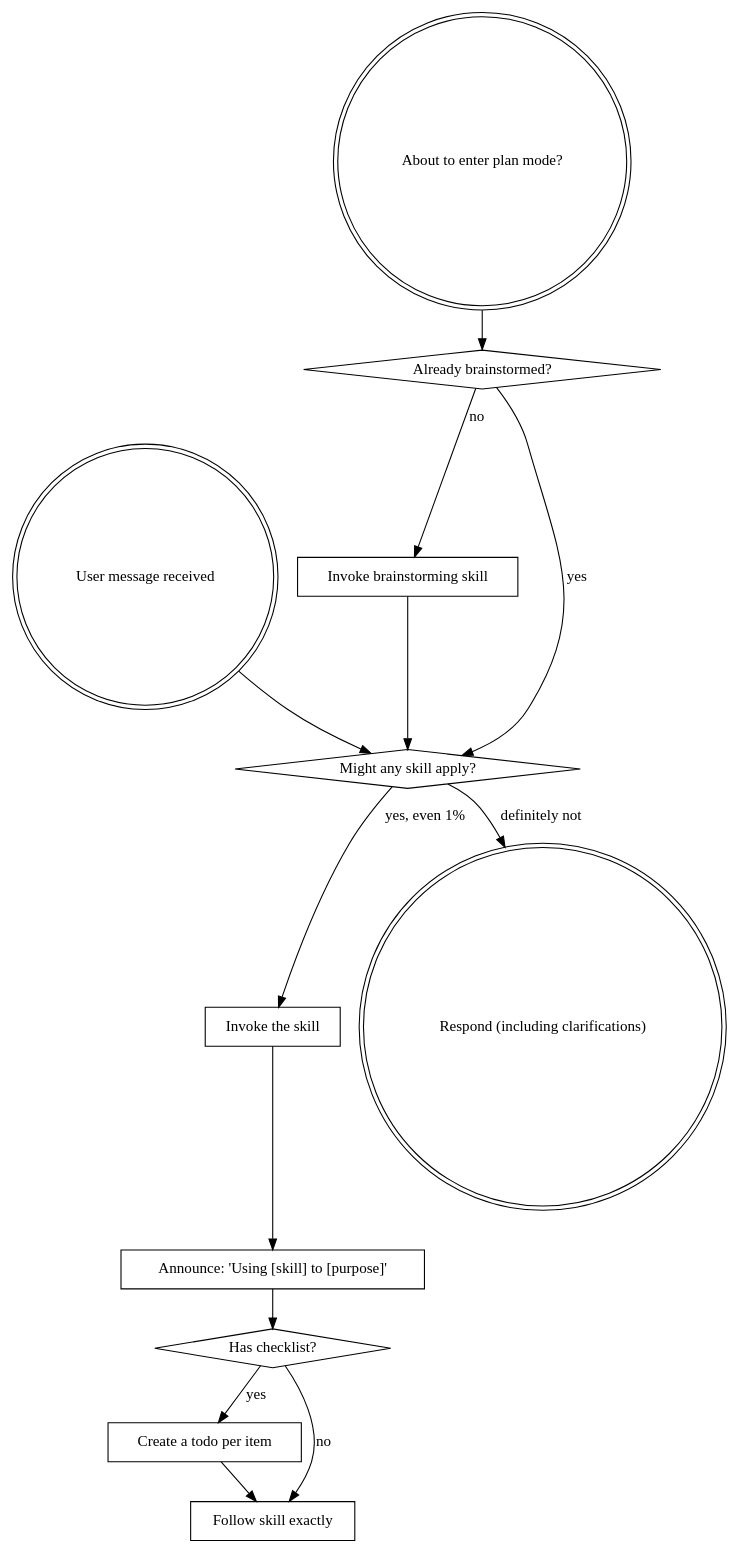
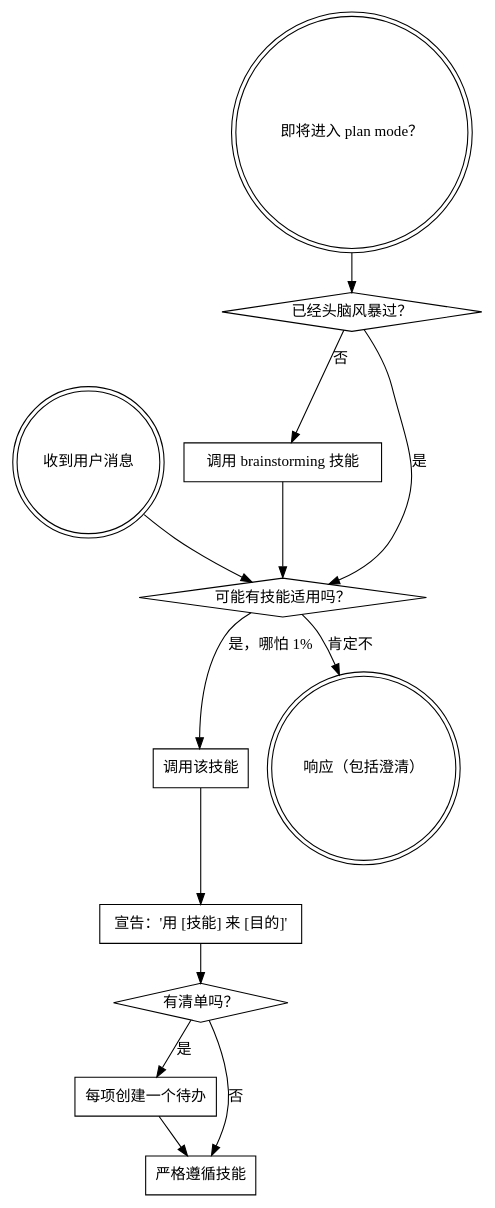
One commit to ai-feather/superpowers changed the diagram in skills/using-superpowers/SKILL.md. Above: the diagram before and after it, drawn with Graphviz. The commit also changed other lines of this file and 85 other files, not shown here.

````diff
--- a/skills/using-superpowers/SKILL.md
+++ b/skills/using-superpowers/SKILL.md
@@ -52,29 +52,29 @@
 ```dot
 digraph skill_flow {
-    "User message received" [shape=doublecircle];
-    "About to enter plan mode?" [shape=doublecircle];
-    "Already brainstormed?" [shape=diamond];
-    "Invoke brainstorming skill" [shape=box];
-    "Might any skill apply?" [shape=diamond];
-    "Invoke the skill" [shape=box];
-    "Announce: 'Using [skill] to [purpose]'" [shape=box];
-    "Has checklist?" [shape=diamond];
-    "Create a todo per item" [shape=box];
-    "Follow skill exactly" [shape=box];
-    "Respond (including clarifications)" [shape=doublecircle];
+    "收到用户消息" [shape=doublecircle];
+    "即将进入 plan mode？" [shape=doublecircle];
+    "已经头脑风暴过？" [shape=diamond];
+    "调用 brainstorming 技能" [shape=box];
+    "可能有技能适用吗？" [shape=diamond];
+    "调用该技能" [shape=box];
+    "宣告：'用 [技能] 来 [目的]'" [shape=box];
+    "有清单吗？" [shape=diamond];
+    "每项创建一个待办" [shape=box];
+    "严格遵循技能" [shape=box];
+    "响应（包括澄清）" [shape=doublecircle];
 
-    "About to enter plan mode?" -> "Already brainstormed?";
-    "Already brainstormed?" -> "Invoke brainstorming skill" [label="no"];
-    "Already brainstormed?" -> "Might any skill apply?" [label="yes"];
-    "Invoke brainstorming skill" -> "Might any skill apply?";
+    "即将进入 plan mode？" -> "已经头脑风暴过？";
+    "已经头脑风暴过？" -> "调用 brainstorming 技能" [label="否"];
+    "已经头脑风暴过？" -> "可能有技能适用吗？" [label="是"];
+    "调用 brainstorming 技能" -> "可能有技能适用吗？";
 
-    "User message received" -> "Might any skill apply?";
-    "Might any skill apply?" -> "Invoke the skill" [label="yes, even 1%"];
-    "Might any skill apply?" -> "Respond (including clarifications)" [label="definitely not"];
-    "Invoke the skill" -> "Announce: 'Using [skill] to [purpose]'";
-    "Announce: 'Using [skill] to [purpose]'" -> "Has checklist?";
-    "Has checklist?" -> "Create a todo per item" [label="yes"];
-    "Has checklist?" -> "Follow skill exactly" [label="no"];
-    "Create a todo per item" -> "Follow skill exactly";
+    "收到用户消息" -> "可能有技能适用吗？";
+    "可能有技能适用吗？" -> "调用该技能" [label="是，哪怕 1%"];
+    "可能有技能适用吗？" -> "响应（包括澄清）" [label="肯定不"];
+    "调用该技能" -> "宣告：'用 [技能] 来 [目的]'";
+    "宣告：'用 [技能] 来 [目的]'" -> "有清单吗？";
+    "有清单吗？" -> "每项创建一个待办" [label="是"];
+    "有清单吗？" -> "严格遵循技能" [label="否"];
+    "每项创建一个待办" -> "严格遵循技能";
 }
 ```
````
